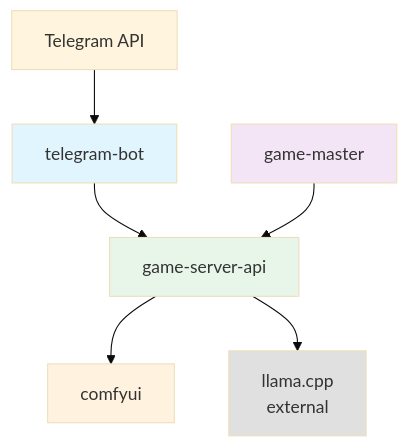
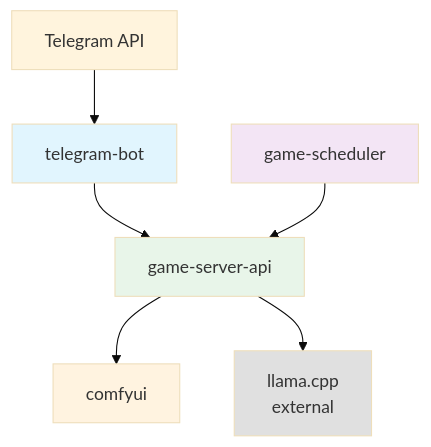
One commit to Slach/ai-games changed the diagram in README.md. Above: the diagram before and after it, drawn with Mermaid (base theme). The commit also changed other lines of this file and 8 other files, not shown here.

Commit message:
Remove unused /scheduler/trigger endpoint; rename game-master → game-scheduler in all .md files

````diff
--- a/README.md
+++ b/README.md
@@ -8,14 +8,14 @@
 ```mermaid
 graph TD
     A[Telegram API] --> B[telegram-bot]
     B --> C[game-server-api]
-    D[game-master] --> C
+    D[game-scheduler] --> C
     C --> E[comfyui]
     C --> G[llama.cpp<br/>external]
 
     style B fill:#E1F5FE
     style C fill:#E8F5E9
     style E fill:#FFF3E0
     style G fill:#E0E0E0
     style D fill:#F3E5F5
 ```
````
